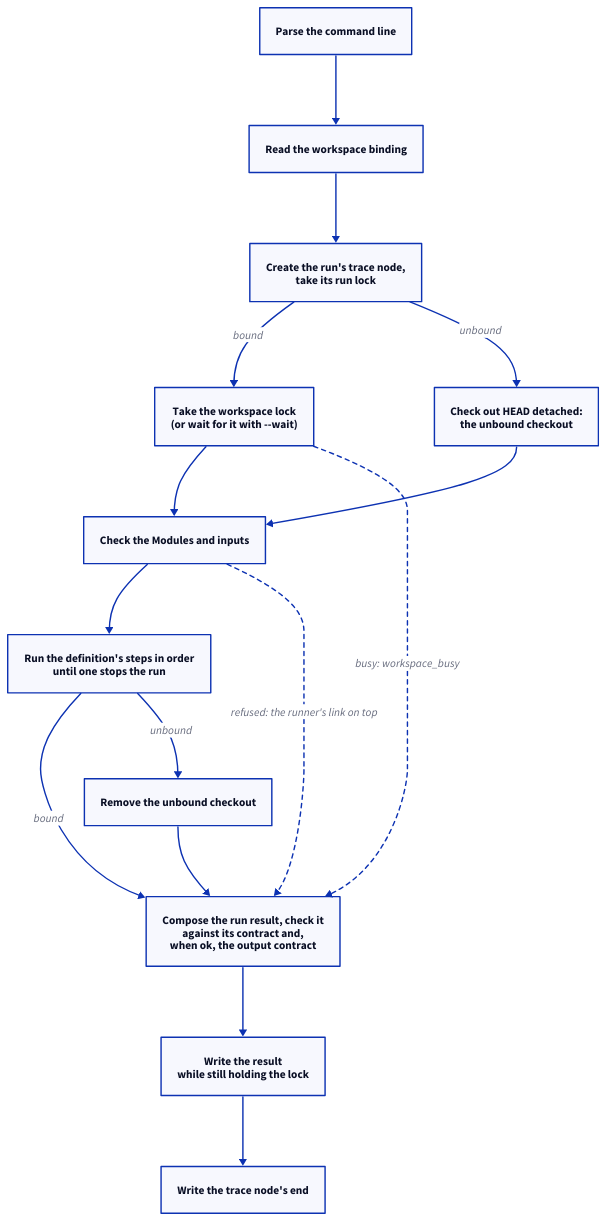
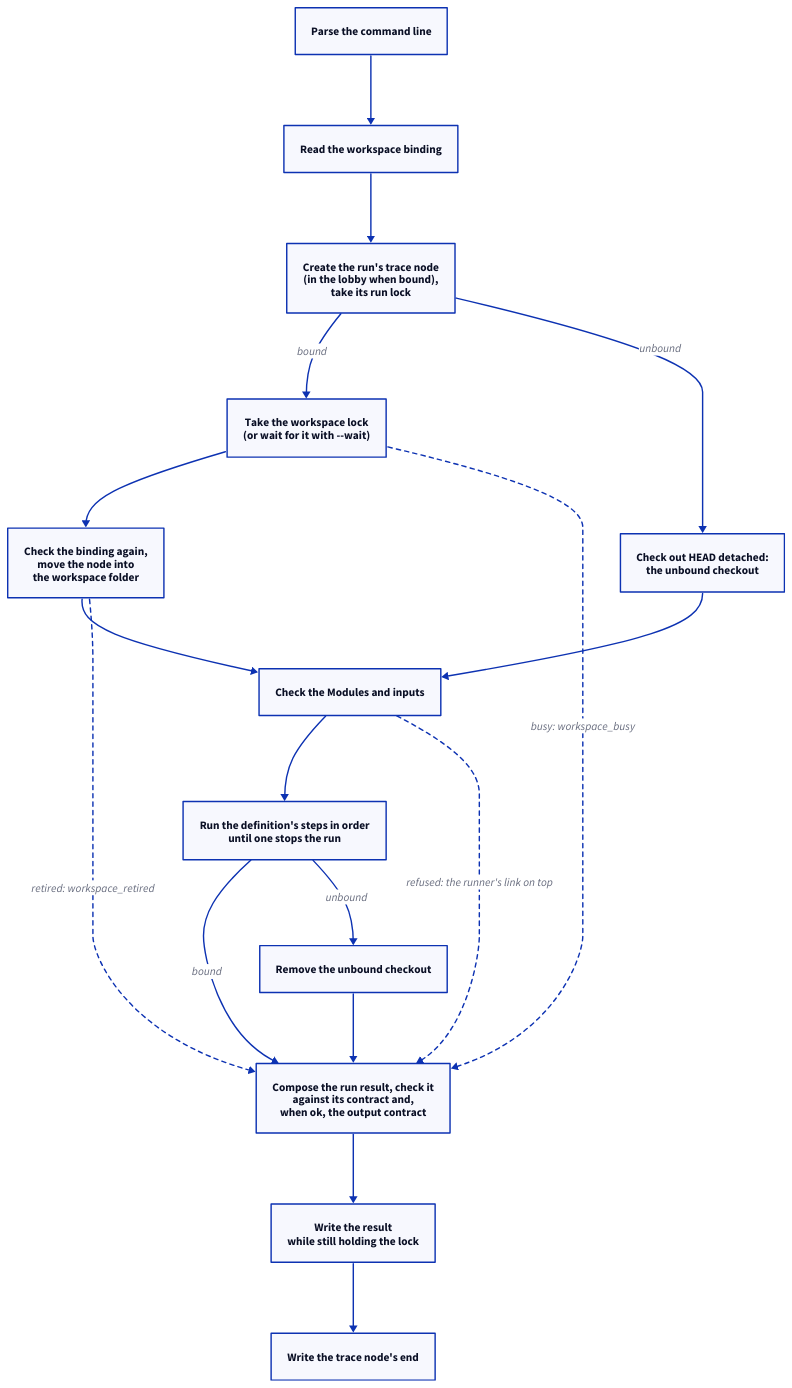
One commit to FTOD/concorde changed the third of 4 diagrams in specs/concorde/execution/module.md. Above: the diagram before and after it, drawn with D2. The commit also changed other lines of this file and 24 other files, not shown here.

First line of the commit message:
Runs wait in the lobby until they hold the workspace lock

````diff
--- a/specs/concorde/execution/module.md
+++ b/specs/concorde/execution/module.md
@@ -245,26 +251,28 @@
 ```d2 illustrative
 direction: down
 parse: "Parse the command line"
 bind: "Read the workspace binding"
-node: "Create the run's trace node,\ntake its run lock"
+node: "Create the run's trace node\n(in the lobby when bound),\ntake its run lock"
 lock: "Take the workspace lock\n(or wait for it with --wait)"
+enter: "Check the binding again,\nmove the node into\nthe workspace folder"
 checkout: "Check out HEAD detached:\nthe unbound checkout"
 admit: "Check the Modules and inputs"
 work: "Run the definition's steps in order\nuntil one stops the run"
 remove: "Remove the unbound checkout"
 compose: "Compose the run result, check it\nagainst its contract and,\nwhen ok, the output contract"
 write: "Write the result\nwhile still holding the lock"
 end: "Write the trace node's end"
 parse -> bind -> node
 node -> lock: bound
 node -> checkout: unbound
-lock -> admit
+lock -> enter -> admit
 checkout -> admit
 admit -> work
 work -> compose: bound
 work -> remove: unbound
 remove -> compose
 compose -> write -> end
 lock -> compose: "busy: workspace_busy" {style.stroke-dash: 3}
+enter -> compose: "retired: workspace_retired" {style.stroke-dash: 3}
 admit -> compose: "refused: the runner's link on top" {style.stroke-dash: 3}
 ```
````
